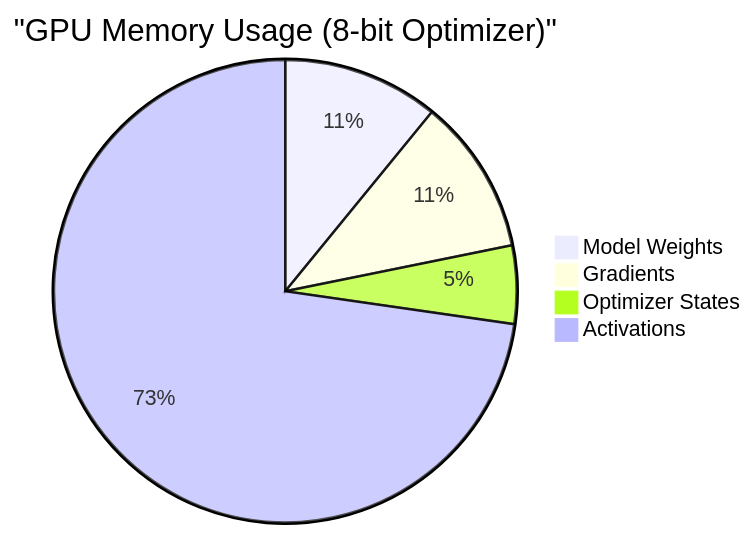
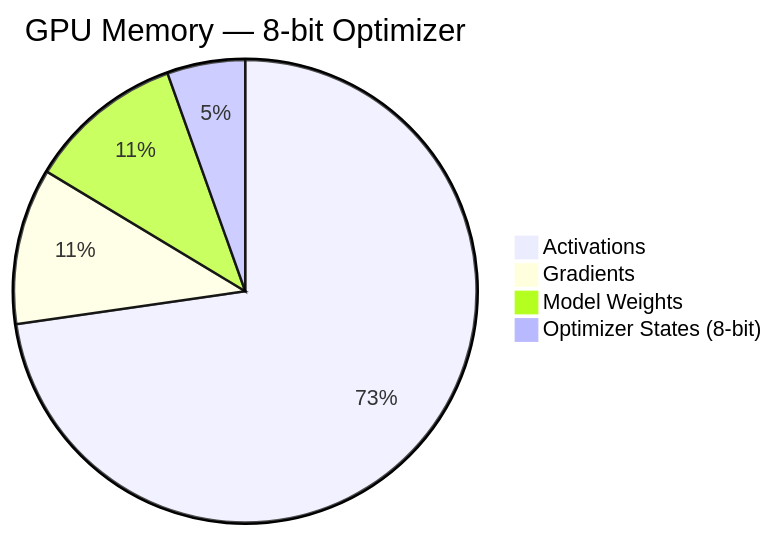
Before and after one commit to tripplen23/finetuning-sessions: the seventh of 7 diagrams in week1/CONTEXT.md, drawn with Mermaid. The commit also changed other lines of this file and 1 other file, not shown here.

Commit message:
update mermaid

````diff
--- a/week1/CONTEXT.md
+++ b/week1/CONTEXT.md
@@ -320,7 +317,7 @@
 ```mermaid
-pie title "GPU Memory Usage (8-bit Optimizer)"
+pie title GPU Memory — 8-bit Optimizer
+    "Activations" : 8.0
+    "Gradients" : 1.2
     "Model Weights" : 1.2
-    "Gradients" : 1.2
-    "Optimizer States" : 0.6
-    "Activations" : 8.0
+    "Optimizer States (8-bit)" : 0.6
 ```
````
